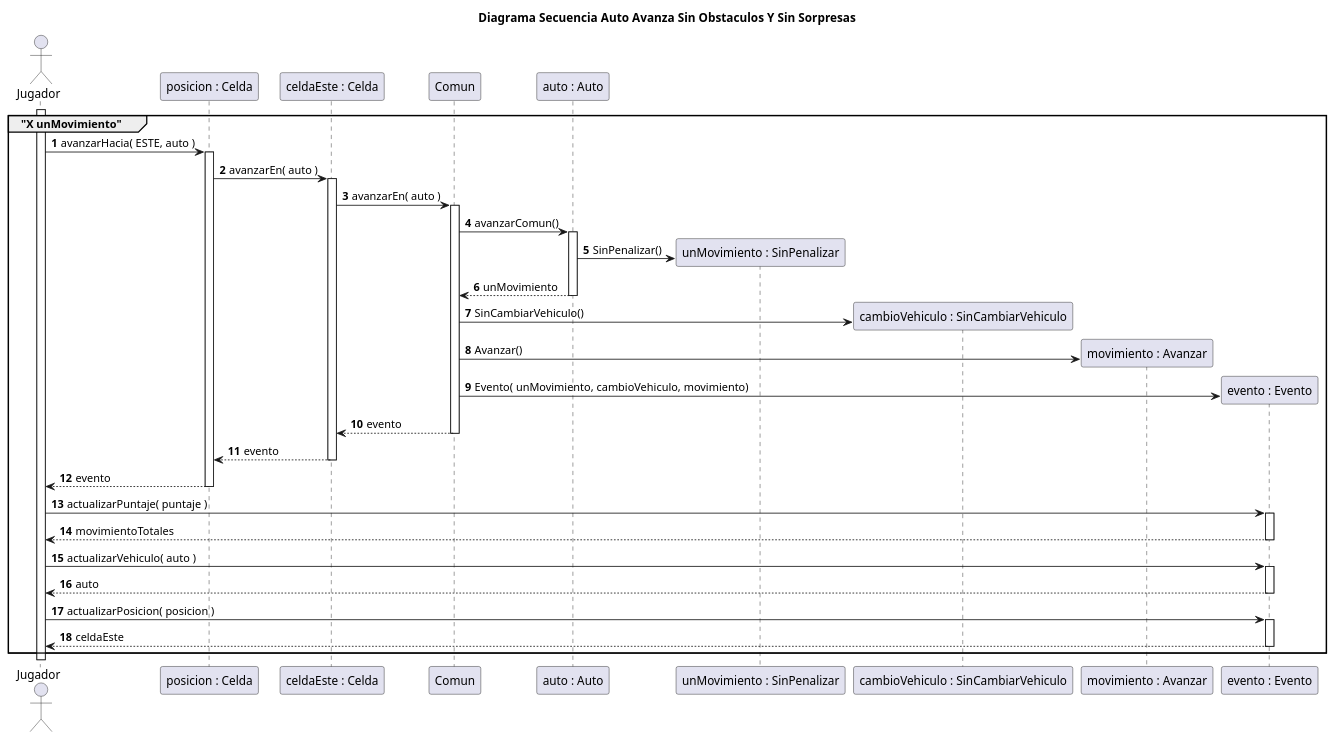
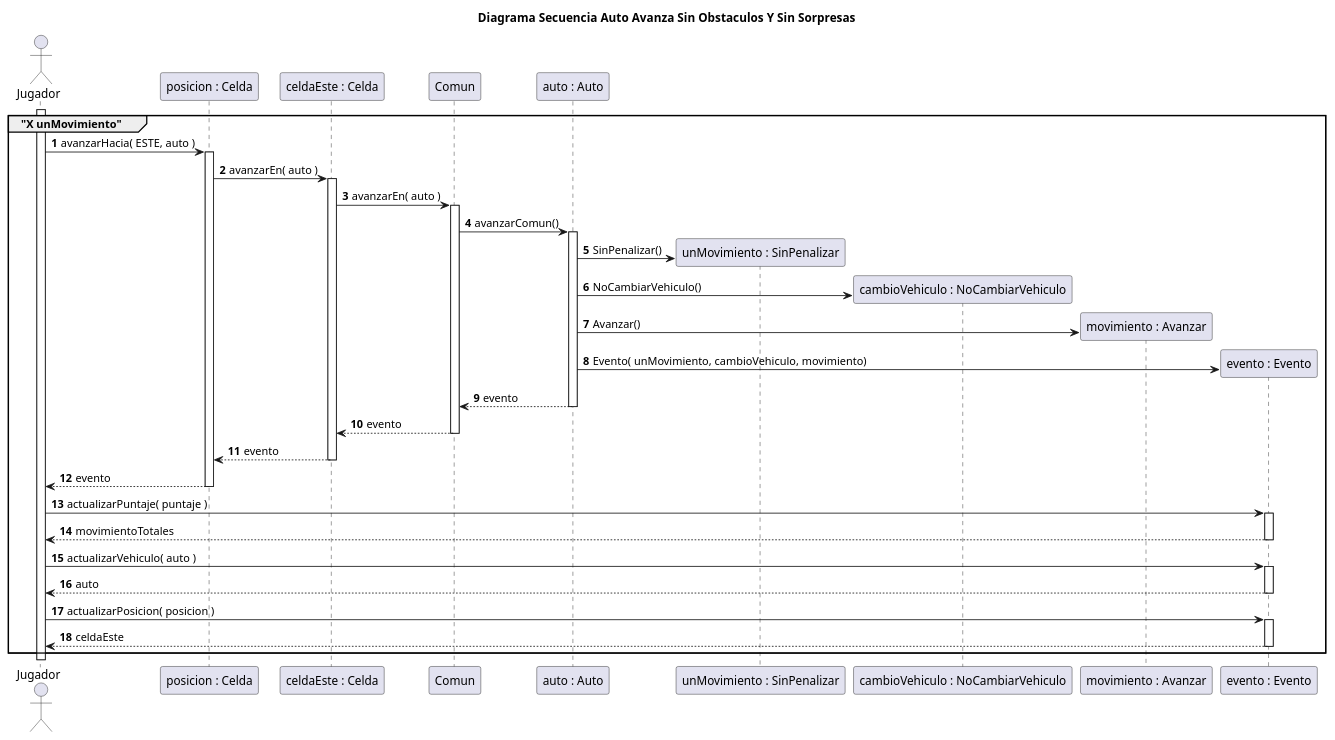
The diagram in diagrams/sequences/entrega1/DiagramaSecuenciaCasoSinObstaculosSinSorpresas.puml (rodrigovzq/algo3_tp2), drawn with PlantUML before and after one commit. The commit also changed 6 other files, not shown here.

```diff
--- a/diagrams/sequences/entrega1/DiagramaSecuenciaCasoSinObstaculosSinSorpresas.puml
+++ b/diagrams/sequences/entrega1/DiagramaSecuenciaCasoSinObstaculosSinSorpresas.puml
@@ -1,50 +1,50 @@
 @startuml
 title Diagrama Secuencia Auto Avanza Sin Obstaculos Y Sin Sorpresas
 autonumber
 actor Jugador
 
 group "X unMovimiento"
 activate Jugador
 
 Jugador -> "posicion : Celda"++: avanzarHacia( ESTE, auto )
 
 "posicion : Celda" -> "celdaEste : Celda"++: avanzarEn( auto )
 
 "celdaEste : Celda" -> Comun++: avanzarEn( auto )
 Comun -> "auto : Auto"++: avanzarComun()
 
 create "unMovimiento : SinPenalizar"
 "auto : Auto" -> "unMovimiento : SinPenalizar": SinPenalizar()
-"auto : Auto" --> Comun: unMovimiento
-deactivate "auto : Auto"
 
-create "cambioVehiculo : SinCambiarVehiculo"
-Comun -> "cambioVehiculo : SinCambiarVehiculo": SinCambiarVehiculo()
+create "cambioVehiculo : NoCambiarVehiculo"
+"auto : Auto"  -> "cambioVehiculo : NoCambiarVehiculo": NoCambiarVehiculo()
 
 create "movimiento : Avanzar"
-Comun -> "movimiento : Avanzar": Avanzar()
+"auto : Auto"  -> "movimiento : Avanzar": Avanzar()
 
 create "evento : Evento"
-Comun -> "evento : Evento": Evento( unMovimiento, cambioVehiculo, movimiento)
+"auto : Auto"  -> "evento : Evento": Evento( unMovimiento, cambioVehiculo, movimiento)
 
+"auto : Auto" --> Comun: evento
+deactivate "auto : Auto"
 
 Comun --> "celdaEste : Celda": evento
 deactivate Comun
 "celdaEste : Celda" --> "posicion : Celda": evento
 deactivate "celdaEste : Celda"
 
 "posicion : Celda" --> Jugador--: evento
 
 
 Jugador -> "evento : Evento"++: actualizarPuntaje( puntaje )
 Jugador <-- "evento : Evento"--: movimientoTotales
 
 Jugador -> "evento : Evento"++: actualizarVehiculo( auto )
 Jugador <-- "evento : Evento"--: auto
 
 Jugador -> "evento : Evento"++: actualizarPosicion( posicion )
 Jugador <-- "evento : Evento"--: celdaEste
 
 end
 
 @enduml
```
